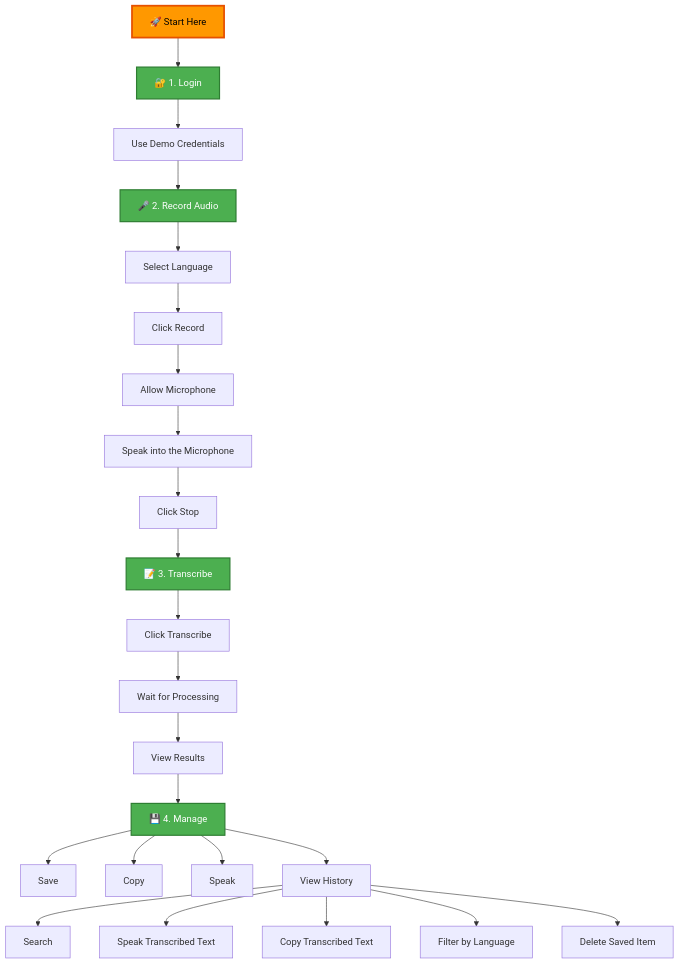
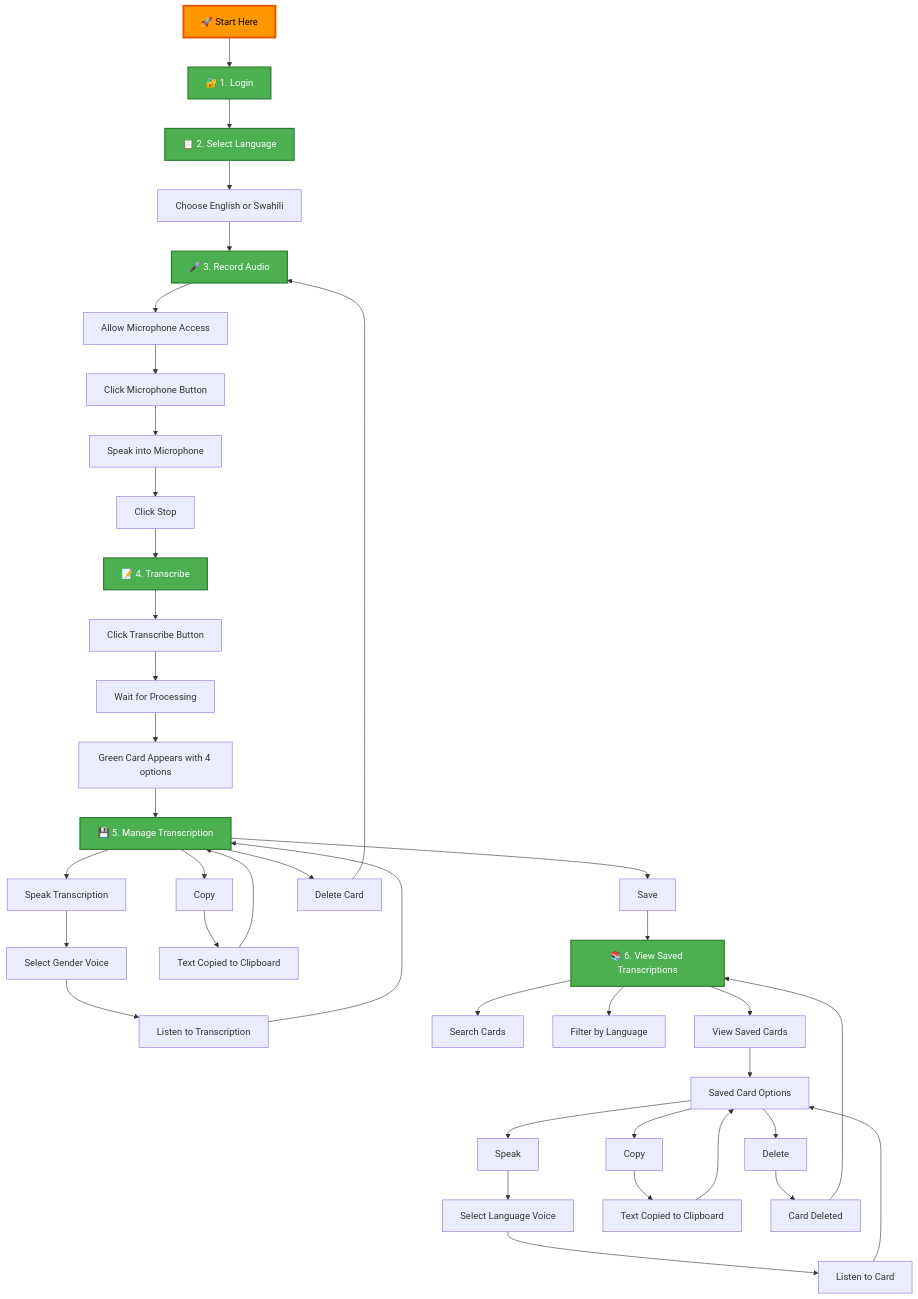
The diagram in README.md (LexMainye/Kasuku-Transcriber), drawn with Mermaid before and after one commit. The commit also changed other lines of this file, not shown here.

Commit message:
Update the flowchart items in the readme

````diff
--- a/README.md
+++ b/README.md
@@ -27,39 +28,64 @@
 ```mermaid
 flowchart TD
    A[🚀 Start Here] --> B[🔐 1. Login]
-    
-   B --> C[Use Demo Credentials]
+   
+   B --> C[📋 2. Select Language]
+   C --> C1[Choose English or Swahili]
 
-   C --> D[🎤 2. Record Audio]
+   C1 --> D[🎤 3. Record Audio]
+   D --> D1[Allow Microphone Access]
+   D1 --> D2[Click Microphone Button]
+   D2 --> D3[Speak into Microphone]
+   D3 --> D4[Click Stop]
 
-   D --> E[Select Language]
-   E --> F[Click Record]
-   F --> G[Allow Microphone]
-   G --> H[Speak into the Microphone]
-   H --> I[Click Stop]
+   D4 --> E[📝 4. Transcribe]
+   E --> E1[Click Transcribe Button]
+   E1 --> E2[Wait for Processing]
+   E2 --> E3[Green Card Appears with 4 options]
 
-   I --> J[📝 3. Transcribe]
+   E3 --> F[💾 5. Manage Transcription]
 
-   J --> K[Click Transcribe]
-   K --> L[Wait for Processing]
-   L --> M[View Results]
+   F --> F1[Speak Transcription]
+   F --> F2[Copy]
+   F --> F3[Save]
+   F --> F4[Delete Card]
 
-   M --> N[💾 4. Manage]
+   F1 --> F1a[Select Gender Voice]
+   F1a --> F1b[Listen to Transcription]
+   F1b --> F
 
-   N --> O[Save]
-   N --> P[Copy]
-   N --> Q[Speak]
-   N --> R[View History]
+   F2 --> F2a[Text Copied to Clipboard]
+   F2a --> F
 
-   R --> S[Search]
-   R --> T[Speak Transcribed Text]
-   R --> U[Copy Transcribed Text]
-   R --> V[Filter by Language]
-   R --> X[Delete Saved Item]
+   F3 --> G[📚 6. View Saved Transcriptions]
+
+   F4 --> D
+
+   G --> G1[Search Cards]
+   G --> G2[Filter by Language]
+   G --> G3[View Saved Cards]
+
+   G3 --> H[Saved Card Options]
+
+   H --> H1[Speak]
+   H --> H2[Copy]
+   H --> H3[Delete]
+
+   H1 --> H1a[Select Language Voice]
+   H1a --> H1b[Listen to Card]
+   H1b --> H
+
+   H2 --> H2a[Text Copied to Clipboard]
+   H2a --> H
+
+   H3 --> H3a[Card Deleted]
+   H3a --> G
 
    style A fill:#ff9800,color:#000,stroke:#e65100,stroke-width:3px
    style B fill:#4caf50,color:#fff,stroke:#2e7d32,stroke-width:2px
+   style C fill:#4caf50,color:#fff,stroke:#2e7d32,stroke-width:2px
    style D fill:#4caf50,color:#fff,stroke:#2e7d32,stroke-width:2px
-   style J fill:#4caf50,color:#fff,stroke:#2e7d32,stroke-width:2px
-   style N fill:#4caf50,color:#fff,stroke:#2e7d32,stroke-width:2px
+   style E fill:#4caf50,color:#fff,stroke:#2e7d32,stroke-width:2px
+   style F fill:#4caf50,color:#fff,stroke:#2e7d32,stroke-width:2px
+   style G fill:#4caf50,color:#fff,stroke:#2e7d32,stroke-width:2px
 ```
````
